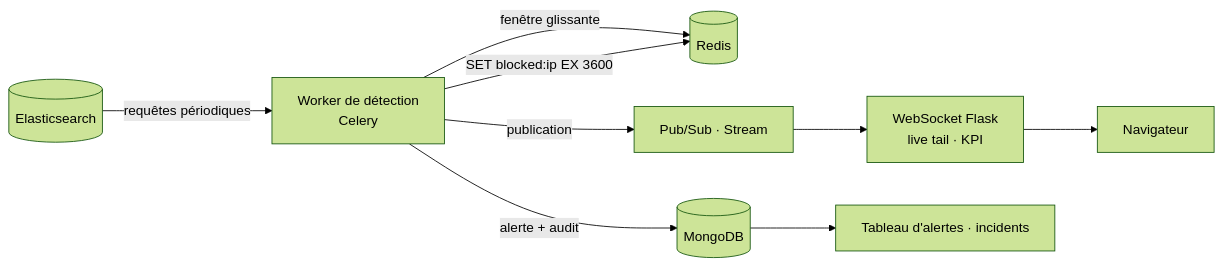
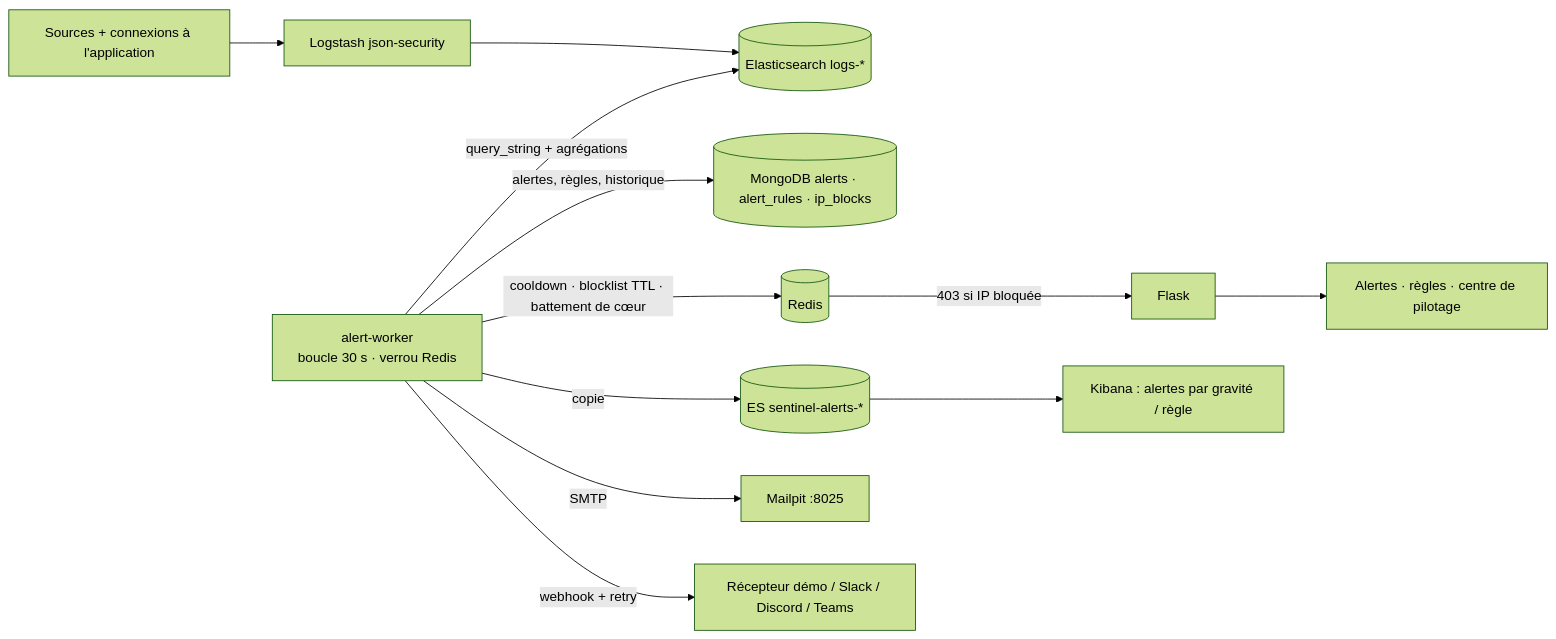
Before and after one commit to syrinemrf/CampusGuard: the eighth of 8 diagrams in docs/ARCHITECTURE.md, drawn with Mermaid (forest theme). The commit also changed other lines of this file and 3 other files, not shown here.

First line of the commit message:
docs: S3/S4 status, alerting architecture, API reference and run instructions

````diff
--- a/docs/ARCHITECTURE.md
+++ b/docs/ARCHITECTURE.md
@@ -405,11 +405,14 @@
 ```mermaid
 flowchart LR
-  ES[(Elasticsearch)] -->|requêtes périodiques| W[Worker de détection<br/>Celery]
-  W -->|fenêtre glissante| R[(Redis)]
-  W -->|alerte + audit| M[(MongoDB)]
-  W -->|SET blocked:ip EX 3600| R
-  W -->|publication| P[Pub/Sub · Stream]
-  P --> WS[WebSocket Flask<br/>live tail · KPI]
-  WS --> B[Navigateur]
-  M --> UI[Tableau d'alertes · incidents]
+  SRC[Sources + connexions à l'application] --> LS[Logstash json-security]
+  LS --> ES[(Elasticsearch logs-*)]
+  W[alert-worker<br/>boucle 30 s · verrou Redis] -->|query_string + agrégations| ES
+  W -->|alertes, règles, historique| M[(MongoDB alerts · alert_rules · ip_blocks)]
+  W -->|cooldown · blocklist TTL · battement de cœur| R[(Redis)]
+  W -->|copie| EA[(ES sentinel-alerts-*)]
+  W -->|SMTP| MP[Mailpit :8025]
+  W -->|webhook + retry| WH[Récepteur démo / Slack / Discord / Teams]
+  R -->|403 si IP bloquée| F[Flask]
+  F --> UI[Alertes · règles · centre de pilotage]
+  EA --> K[Kibana : alertes par gravité / règle]
 ```
````
